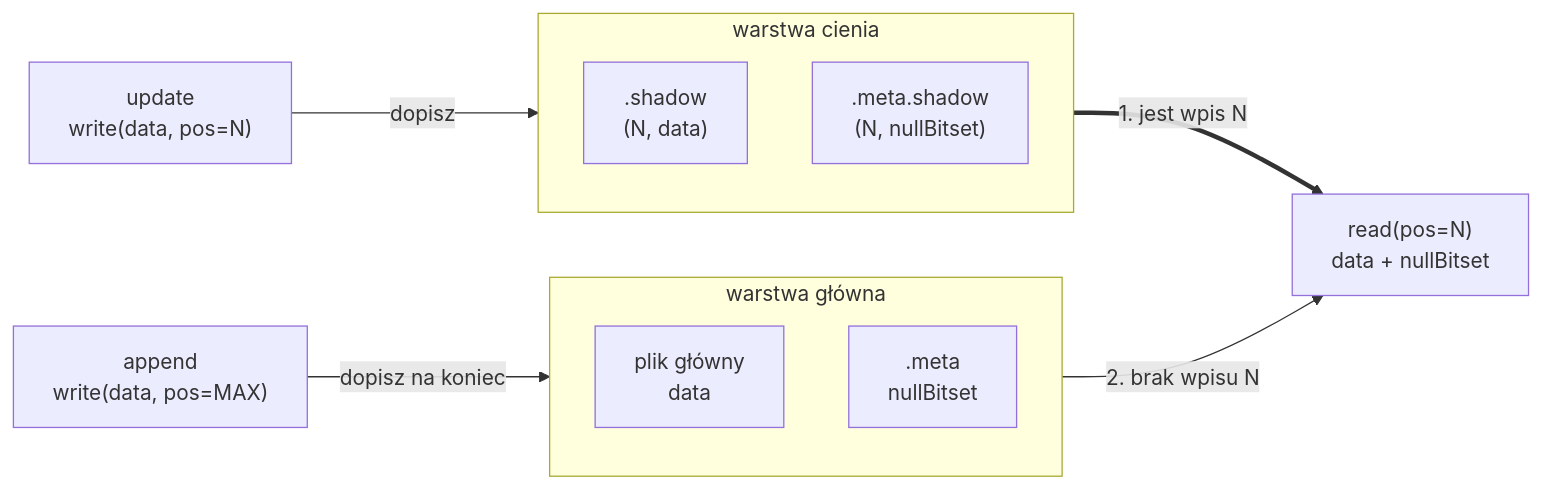
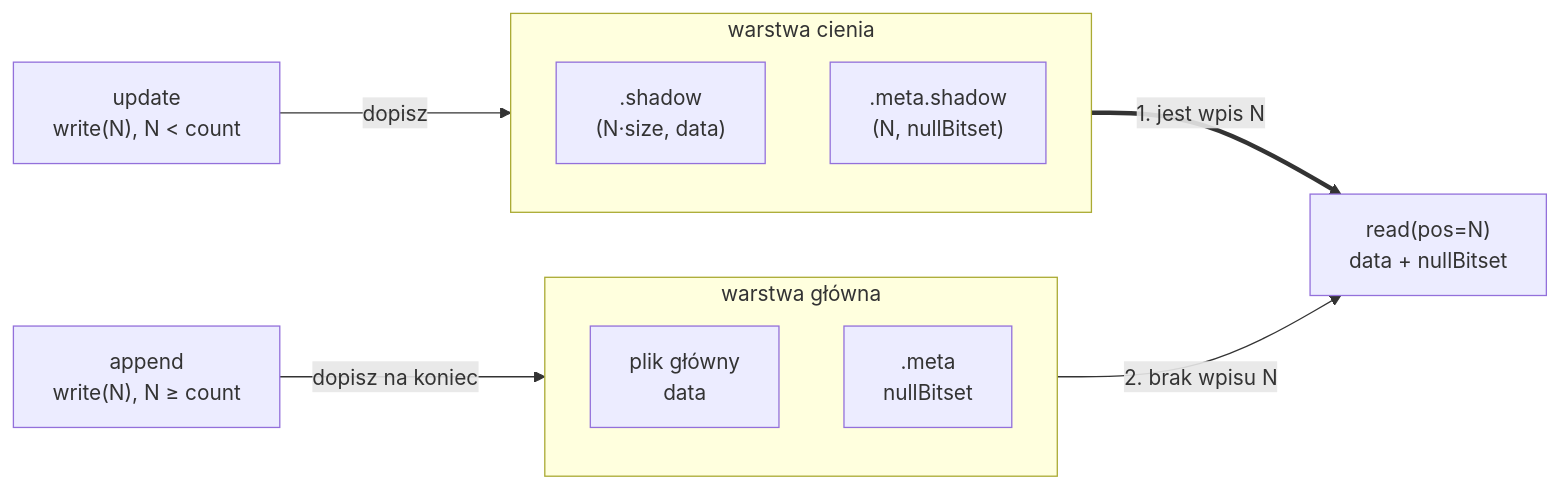
Before and after one commit to michalwidera/dokumentacja-rdb: the ninth of 9 diagrams in architektura-systemu-przetwarzania-danych/format-zapisu-danych/pliki.md, drawn with Mermaid. The commit also changed other lines of this file and 2 other files, not shown here.

Commit message:
Fix - file accessor group

````diff
--- a/architektura-systemu-przetwarzania-danych/format-zapisu-danych/pliki.md
+++ b/architektura-systemu-przetwarzania-danych/format-zapisu-danych/pliki.md
@@ -698,21 +698,21 @@
 ```mermaid
 %% pdf-width: 100%
 graph LR
-    UP["update<br/>write(data, pos=N)"] -->|dopisz| CIEN
-    AP["append<br/>write(data, pos=MAX)"] -->|dopisz na koniec| GL
+    UP["update<br/>write(N), N < count"] -->|dopisz| CIEN
+    AP["append<br/>write(N), N ≥ count"] -->|dopisz na koniec| GL
 
     subgraph CIEN["warstwa cienia"]
         direction TB
-        S[".shadow<br/>(N, data)"]
+        S[".shadow<br/>(N·size, data)"]
         MS[".meta.shadow<br/>(N, nullBitset)"]
     end
 
     subgraph GL["warstwa główna"]
         direction TB
         D["plik główny<br/>data"]
         M[".meta<br/>nullBitset"]
     end
 
     CIEN ==>|"1. jest wpis N"| RD["read(pos=N)<br/>data + nullBitset"]
     GL -->|"2. brak wpisu N"| RD
 ```
````
